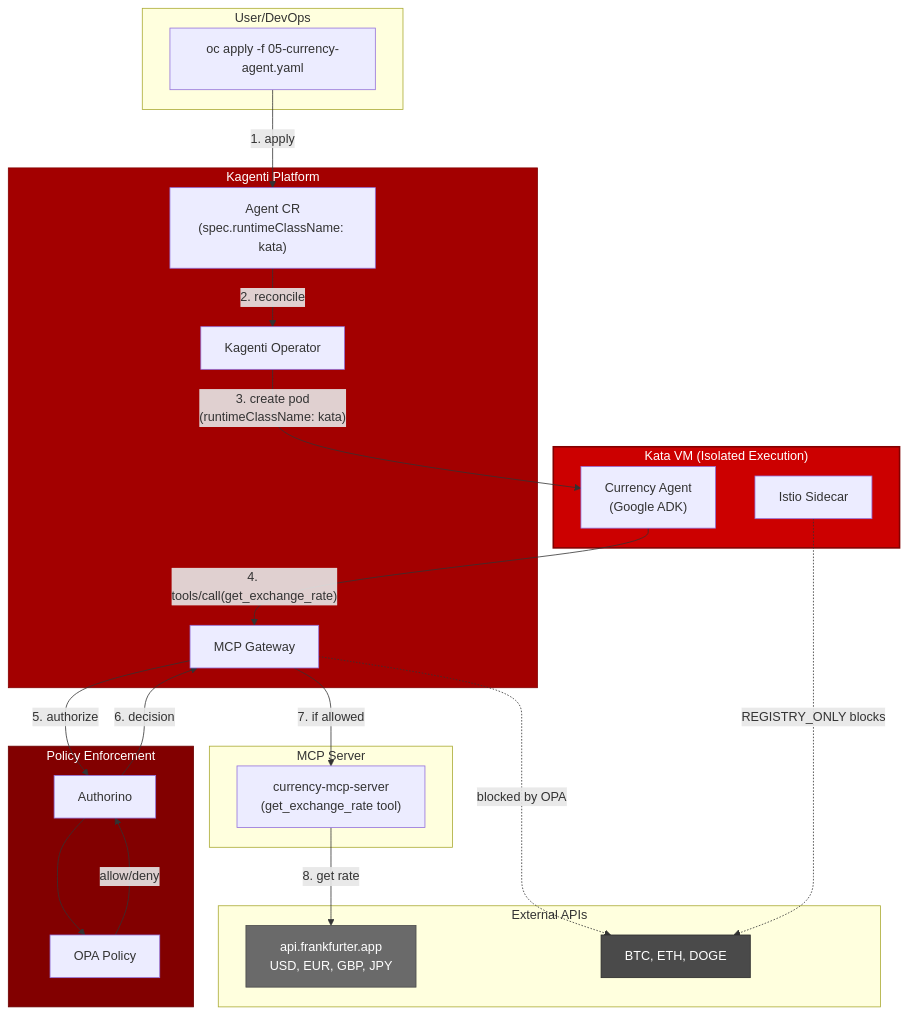
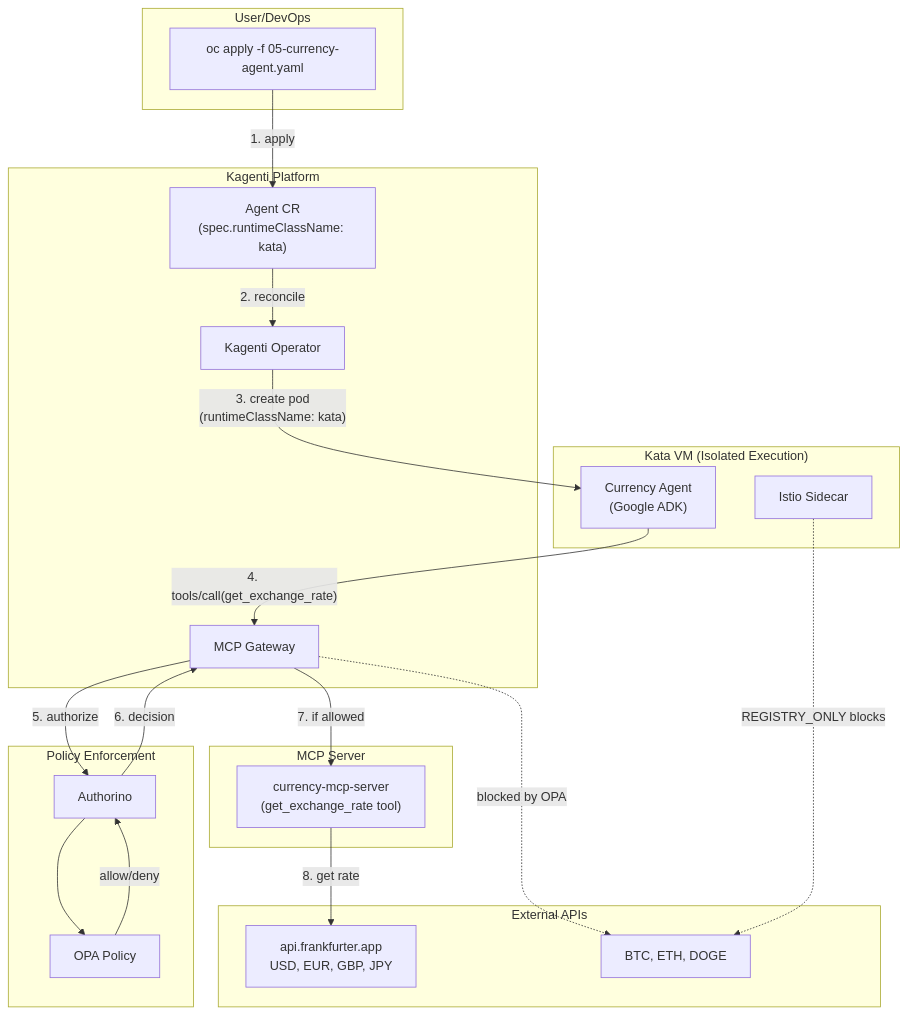
One commit to rrbanda/agent-sandbox-ocp changed the first of 3 diagrams in docs/architecture.md. Above: the diagram before and after it, drawn with Mermaid. The commit also changed other lines of this file and 118 other files, not shown here.

````diff
--- a/docs/architecture.md
+++ b/docs/architecture.md
@@ -7,55 +7,49 @@
 ```mermaid
 flowchart TB
     subgraph User["User/DevOps"]
         Apply["oc apply -f 05-currency-agent.yaml"]
     end
 
     subgraph Kagenti["Kagenti Platform"]
         AgentCRD["Agent CR<br/>(spec.runtimeClassName: kata)"]
         Operator["Kagenti Operator"]
         MCPGateway["MCP Gateway"]
     end
 
     subgraph KataVM["Kata VM (Isolated Execution)"]
         AgentPod["Currency Agent<br/>(Google ADK)"]
         IstioSidecar["Istio Sidecar"]
     end
 
     subgraph MCPServer["MCP Server"]
         CurrencyMCP["currency-mcp-server<br/>(get_exchange_rate tool)"]
     end
 
     subgraph Policy["Policy Enforcement"]
         Authorino["Authorino"]
         OPA["OPA Policy"]
     end
 
     subgraph External["External APIs"]
         Approved[" api.frankfurter.app<br/> USD, EUR, GBP, JPY"]
         Blocked[" BTC, ETH, DOGE"]
     end
 
     %% Deployment flow
     Apply -->|"1. apply"| AgentCRD
     AgentCRD -->|"2. reconcile"| Operator
     Operator -->|"3. create pod<br/>(runtimeClassName: kata)"| AgentPod
 
     %% Tool call flow
     AgentPod -->|"4. tools/call(get_exchange_rate)"| MCPGateway
     MCPGateway -->|"5. authorize"| Authorino
     Authorino --> OPA
     OPA -->|"allow/deny"| Authorino
     Authorino -->|"6. decision"| MCPGateway
     MCPGateway -->|"7. if allowed"| CurrencyMCP
     CurrencyMCP -->|"8. get rate"| Approved
 
     %% Blocked paths
     MCPGateway -.->|"blocked by OPA"| Blocked
     IstioSidecar -.->|"REGISTRY_ONLY blocks"| Blocked
-
-    style KataVM fill:#CC0000,color:#FFFFFF,stroke:#820000,stroke-width:2px
-    style Kagenti fill:#A30000,color:#FFFFFF,stroke:#820000
-    style Policy fill:#820000,color:#FFFFFF,stroke:#6A0000
-    style Blocked fill:#4A4A4A,color:#FFFFFF,stroke:#2A2A2A
-    style Approved fill:#6A6A6A,color:#FFFFFF,stroke:#4A4A4A
 ```
````
